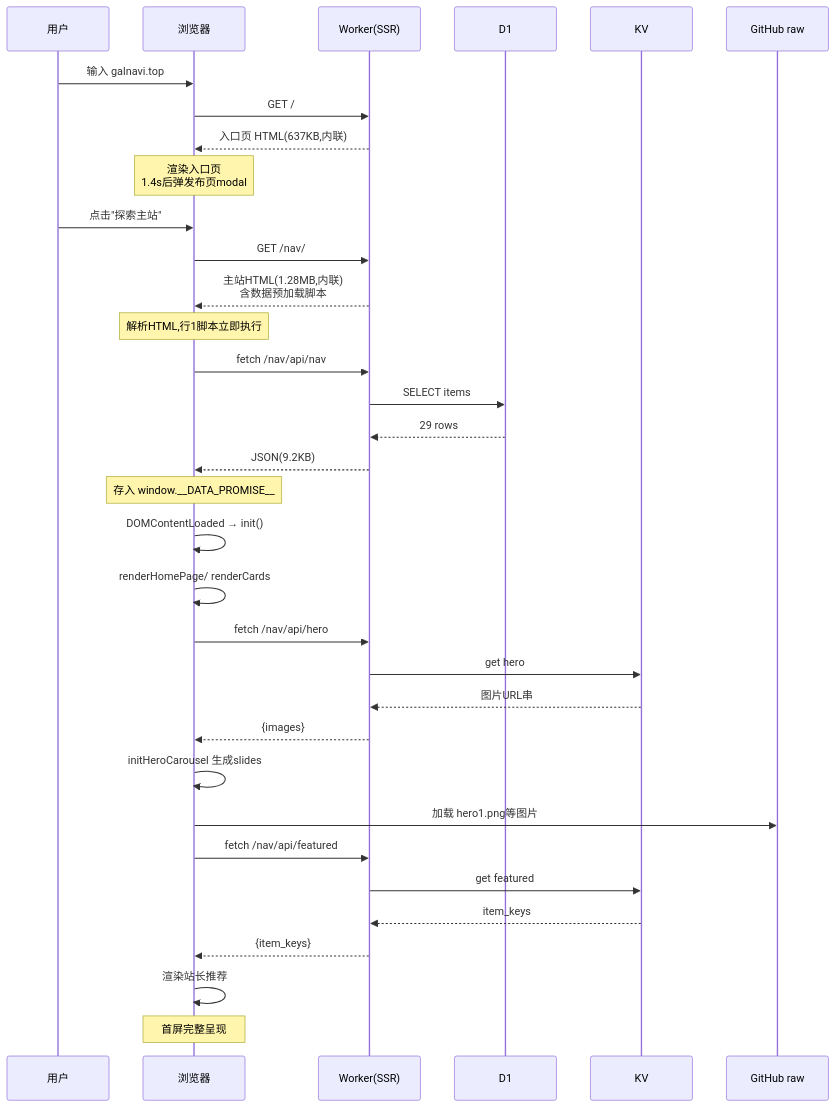
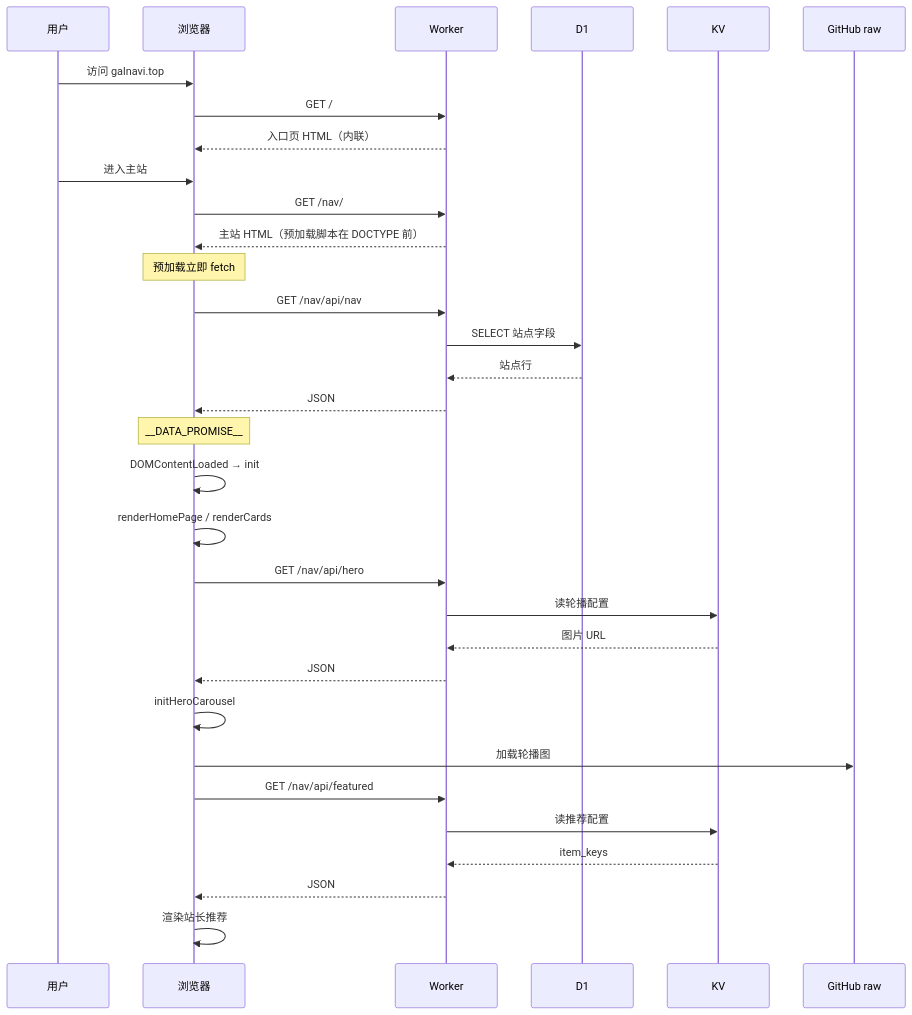
One commit to argb6/galnavi-obsidian changed the diagram in 02-网站架构/请求与渲染流程.md. Above: the diagram before and after it, drawn with Mermaid. The commit also changed other lines of this file and 34 other files, not shown here.

````diff
--- a/02-网站架构/请求与渲染流程.md
+++ b/02-网站架构/请求与渲染流程.md
@@ -16,37 +16,35 @@
 ```mermaid
 sequenceDiagram
     participant U as 用户
     participant B as 浏览器
-    participant W as Worker(SSR)
+    participant W as Worker
     participant D1 as D1
     participant KV as KV
     participant GH as GitHub raw
 
-    U->>B: 输入 galnavi.top
+    U->>B: 访问 galnavi.top
     B->>W: GET /
-    W-->>B: 入口页 HTML(637KB,内联)
-    Note over B: 渲染入口页<br/>1.4s后弹发布页modal
-    U->>B: 点击"探索主站"
+    W-->>B: 入口页 HTML（内联）
+    U->>B: 进入主站
     B->>W: GET /nav/
-    W-->>B: 主站HTML(1.28MB,内联)<br/>含数据预加载脚本
-    Note over B: 解析HTML,行1脚本立即执行
-    B->>W: fetch /nav/api/nav
-    W->>D1: SELECT items
-    D1-->>W: 29 rows
-    W-->>B: JSON(9.2KB)
-    Note over B: 存入 window.__DATA_PROMISE__
-    B->>B: DOMContentLoaded → init()
-    B->>B: renderHomePage/ renderCards
-    B->>W: fetch /nav/api/hero
-    W->>KV: get hero
-    KV-->>W: 图片URL串
-    W-->>B: {images}
-    B->>B: initHeroCarousel 生成slides
-    B->>GH: 加载 hero1.png等图片
-    B->>W: fetch /nav/api/featured
-    W->>KV: get featured
+    W-->>B: 主站 HTML（预加载脚本在 DOCTYPE 前）
+    Note over B: 预加载立即 fetch
+    B->>W: GET /nav/api/nav
+    W->>D1: SELECT 站点字段
+    D1-->>W: 站点行
+    W-->>B: JSON
+    Note over B: __DATA_PROMISE__
+    B->>B: DOMContentLoaded → init
+    B->>B: renderHomePage / renderCards
+    B->>W: GET /nav/api/hero
+    W->>KV: 读轮播配置
+    KV-->>W: 图片 URL
+    W-->>B: JSON
+    B->>B: initHeroCarousel
+    B->>GH: 加载轮播图
+    B->>W: GET /nav/api/featured
+    W->>KV: 读推荐配置
     KV-->>W: item_keys
-    W-->>B: {item_keys}
+    W-->>B: JSON
     B->>B: 渲染站长推荐
-    Note over B: 首屏完整呈现
 ```
````
